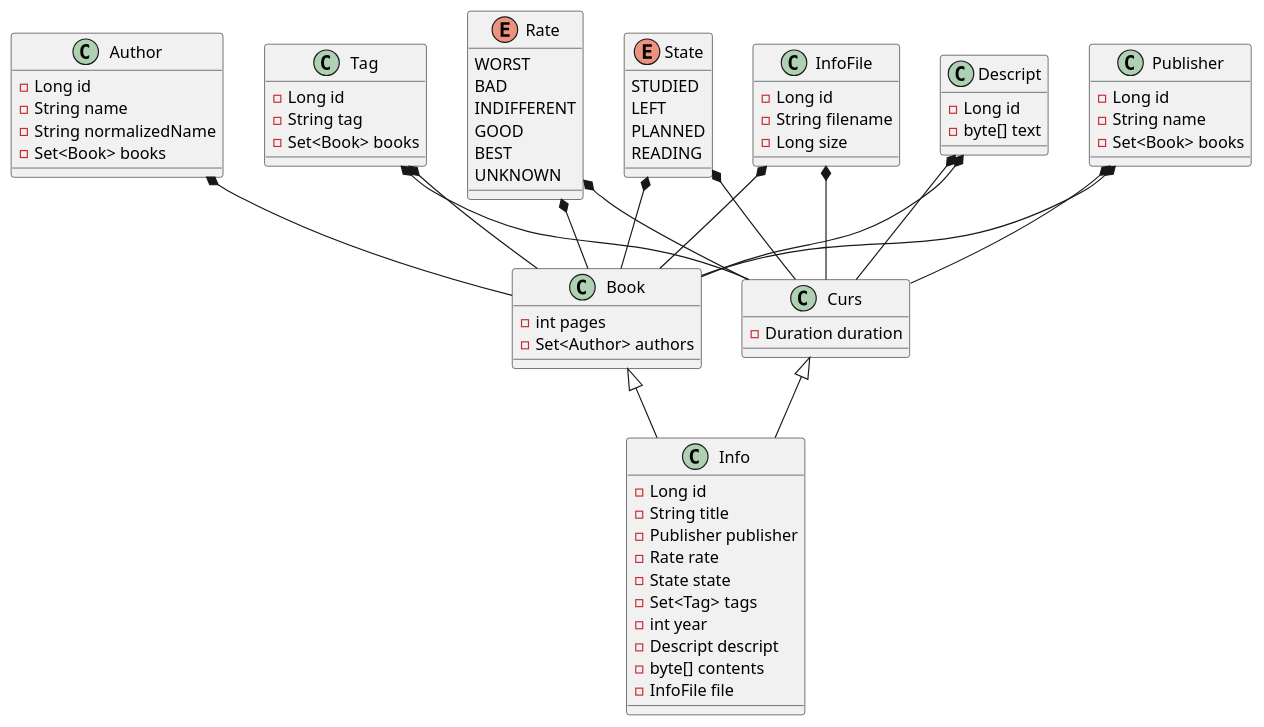
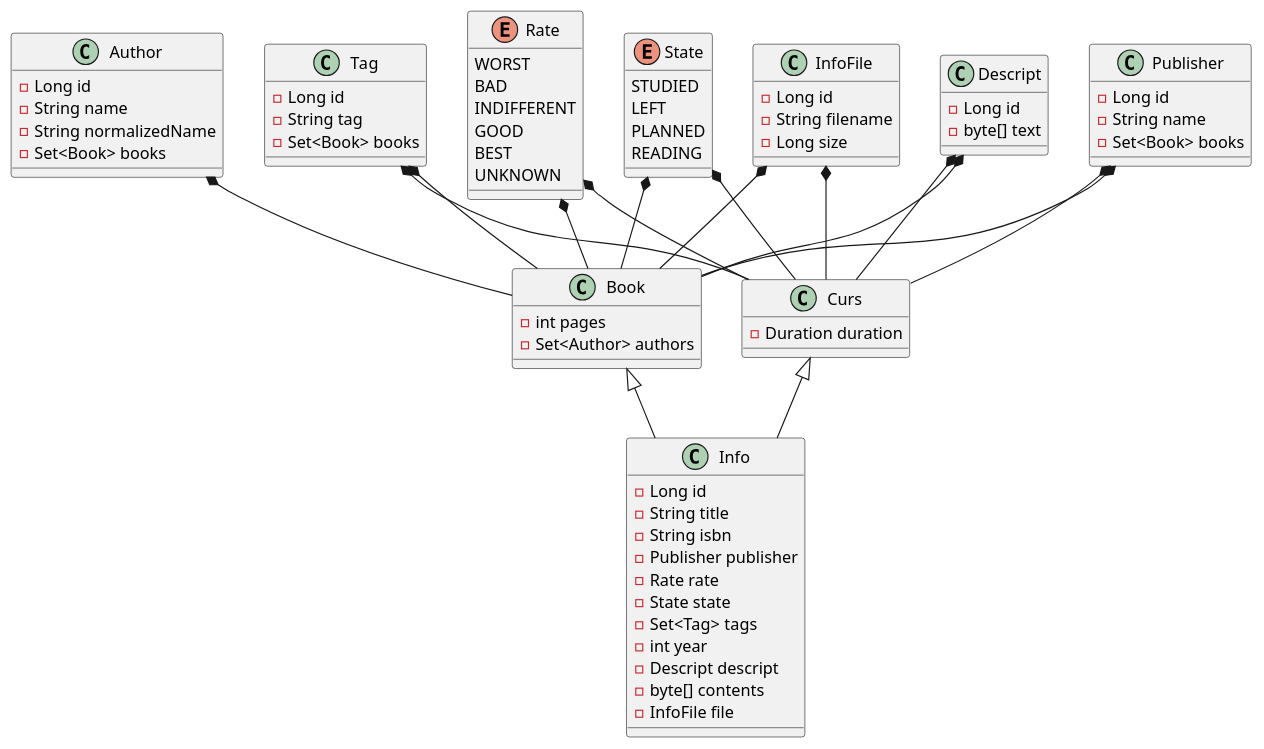
Before and after one commit to Iogann1978/ITInfoBack: the diagram in puml/ClassDiagram.puml, drawn with PlantUML.

Commit message:
edit puml

```diff
--- a/puml/ClassDiagram.puml
+++ b/puml/ClassDiagram.puml
@@ -1,78 +1,79 @@
 @startuml
 class Info {
     - Long id
     - String title
+    - String isbn
     - Publisher publisher
     - Rate rate
     - State state
     - Set<Tag> tags
     - int year
     - Descript descript
     - byte[] contents
     - InfoFile file
 }
 class Book {
     - int pages
     - Set<Author> authors
 }
 class Author {
     - Long id
     - String name
     - String normalizedName
     - Set<Book> books
 }
 class InfoFile {
     - Long id
     - String filename
     - Long size
 }
 class Descript {
     - Long id
     - byte[] text
 }
 class Publisher {
     - Long id
     - String name
     - Set<Book> books
 }
 class Tag {
     - Long id
     - String tag
     - Set<Book> books
 }
 enum Rate {
     WORST
     BAD
     INDIFFERENT
     GOOD
     BEST
     UNKNOWN
 }
 enum State {
     STUDIED
     LEFT
     PLANNED
     READING
 }
 class Curs {
     - Duration duration
 }
 
 Book <|-- Info
 Curs <|-- Info
 
 Author *-- Book
 InfoFile *-- Book
 Descript *-- Book
 Publisher *-- Book
 Tag *-- Book
 Rate *-- Book
 State *-- Book
 
 InfoFile *-- Curs
 Descript *-- Curs
 Publisher *-- Curs
 Tag *-- Curs
 Rate *-- Curs
 State *-- Curs
 @enduml
```
